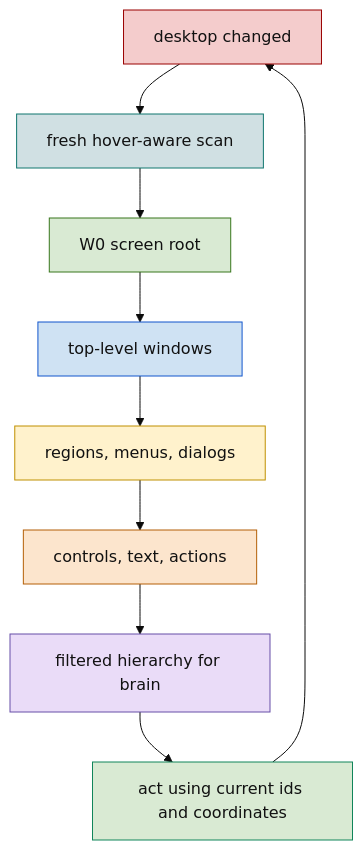
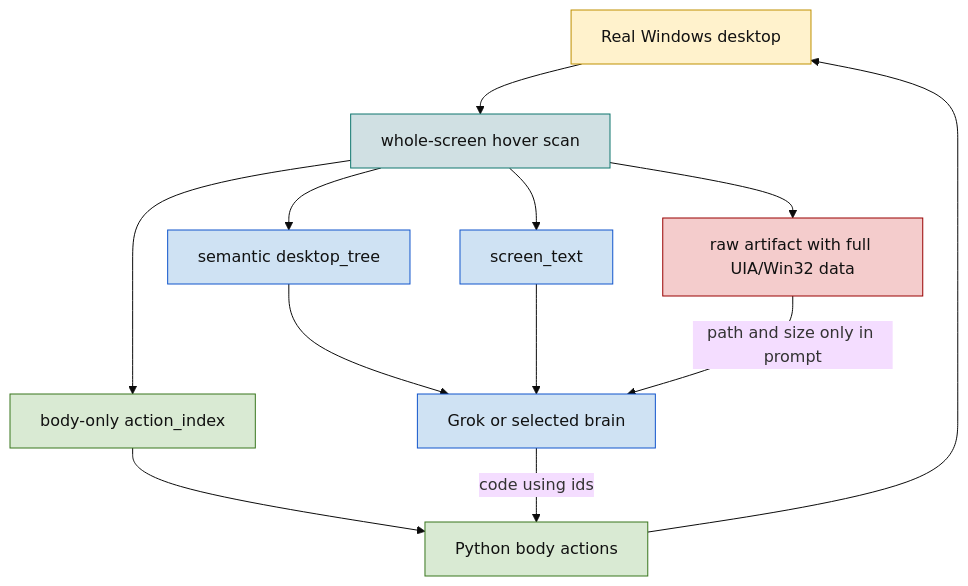
The second of 4 diagrams in README.md (wgabrys88/endgame-ai), drawn with Mermaid (base theme) before and after one commit. The commit also changed other lines of this file, not shown here.

````diff
--- a/README.md
+++ b/README.md
@@ -225,23 +222,29 @@
 ```mermaid
 flowchart TD
-    T["desktop changed"]:::event
-    SCAN["fresh hover-aware scan"]:::scan
-    ROOT["W0 screen root"]:::root
-    WIN["top-level windows"]:::window
-    REG["regions, menus, dialogs"]:::region
-    EL["controls, text, actions"]:::element
-    VIEW["filtered hierarchy for brain"]:::brain
-    ACT["act using current ids and coordinates"]:::body
+    SCREEN["Real Windows desktop"]:::event
+    HOVER["whole-screen hover scan"]:::scan
+    RAW["raw artifact with full UIA/Win32 data"]:::raw
+    TREE["semantic desktop_tree"]:::brain
+    TEXT["screen_text"]:::brain
+    IDX["body-only action_index"]:::body
+    GROK["Grok or selected brain"]:::brain
+    PY["Python body actions"]:::body
 
-    T --> SCAN --> ROOT --> WIN --> REG --> EL --> VIEW --> ACT
-    ACT --> T
+    SCREEN --> HOVER
+    HOVER --> RAW
+    HOVER --> TREE
+    HOVER --> TEXT
+    HOVER --> IDX
+    TREE --> GROK
+    TEXT --> GROK
+    RAW -->|"path and size only in prompt"| GROK
+    IDX --> PY
+    GROK -->|"code using ids"| PY
+    PY --> SCREEN
 
-    classDef event fill:#f4cccc,stroke:#990000,color:#111;
+    classDef event fill:#fff2cc,stroke:#bf9000,color:#111;
     classDef scan fill:#d0e0e3,stroke:#0f766e,color:#111;
-    classDef root fill:#d9ead3,stroke:#38761d,color:#111;
-    classDef window fill:#cfe2f3,stroke:#1155cc,color:#111;
-    classDef region fill:#fff2cc,stroke:#bf9000,color:#111;
-    classDef element fill:#fce5cd,stroke:#b45f06,color:#111;
-    classDef brain fill:#eadcf8,stroke:#674ea7,color:#111;
-    classDef body fill:#d9ead3,stroke:#11855a,color:#111;
+    classDef raw fill:#f4cccc,stroke:#990000,color:#111;
+    classDef brain fill:#cfe2f3,stroke:#1155cc,color:#111;
+    classDef body fill:#d9ead3,stroke:#38761d,color:#111;
 ```
````
